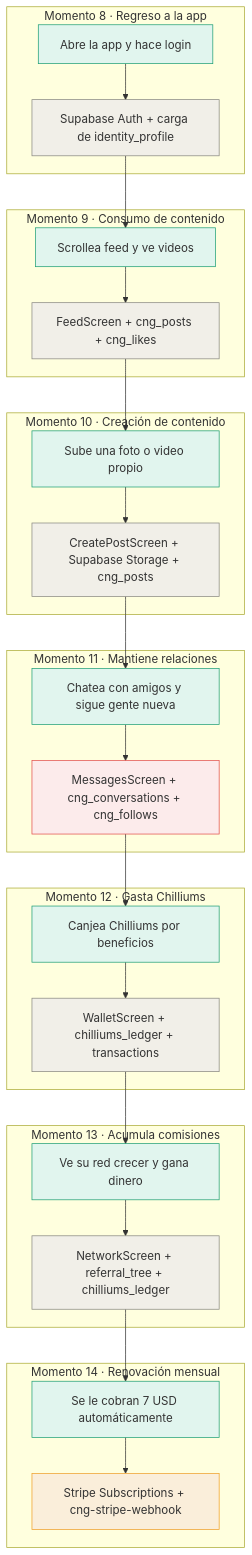
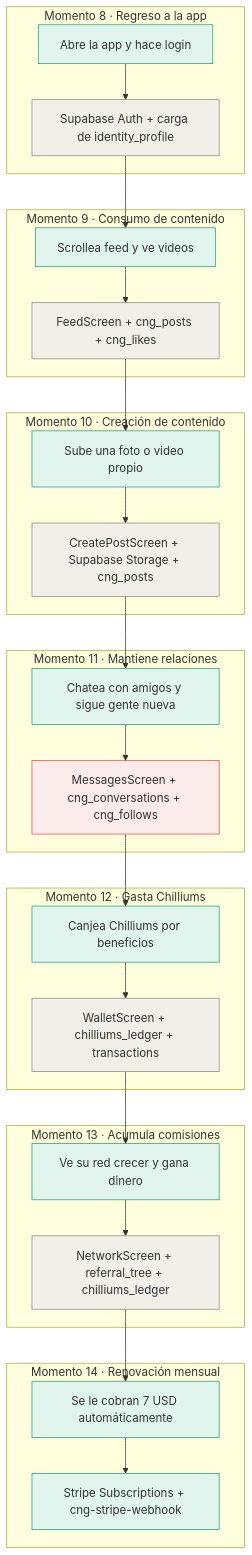
The second of 10 diagrams in CNG_PLUS_ARCHITECTURE.md (chillngointernational/chill-n-go-international), drawn with Mermaid before and after one commit. The commit also changed other lines of this file, not shown here.

Commit message:
docs: update architecture after flows A-D completion

````diff
--- a/CNG_PLUS_ARCHITECTURE.md
+++ b/CNG_PLUS_ARCHITECTURE.md
@@ -133,52 +135,52 @@
 ```mermaid
 flowchart TD
     subgraph M8["Momento 8 · Regreso a la app"]
         U8["Abre la app y hace login"]
         S8["Supabase Auth + carga de identity_profile"]
     end
     subgraph M9["Momento 9 · Consumo de contenido"]
         U9["Scrollea feed y ve videos"]
         S9["FeedScreen + cng_posts + cng_likes"]
     end
     subgraph M10["Momento 10 · Creación de contenido"]
         U10["Sube una foto o video propio"]
         S10["CreatePostScreen + Supabase Storage + cng_posts"]
     end
     subgraph M11["Momento 11 · Mantiene relaciones"]
         U11["Chatea con amigos y sigue gente nueva"]
         S11["MessagesScreen + cng_conversations + cng_follows"]
     end
     subgraph M12["Momento 12 · Gasta Chilliums"]
         U12["Canjea Chilliums por beneficios"]
         S12["WalletScreen + chilliums_ledger + transactions"]
     end
     subgraph M13["Momento 13 · Acumula comisiones"]
         U13["Ve su red crecer y gana dinero"]
         S13["NetworkScreen + referral_tree + chilliums_ledger"]
     end
     subgraph M14["Momento 14 · Renovación mensual"]
         U14["Se le cobran 7 USD automáticamente"]
         S14["Stripe Subscriptions + cng-stripe-webhook"]
     end
     U8 --> S8 --> U9
     U9 --> S9 --> U10
     U10 --> S10 --> U11
     U11 --> S11 --> U12
     U12 --> S12 --> U13
     U13 --> S13 --> U14
     U14 --> S14
     style U8 fill:#E1F5EE,stroke:#1D9E75
     style U9 fill:#E1F5EE,stroke:#1D9E75
     style U10 fill:#E1F5EE,stroke:#1D9E75
     style U11 fill:#E1F5EE,stroke:#1D9E75
     style U12 fill:#E1F5EE,stroke:#1D9E75
     style U13 fill:#E1F5EE,stroke:#1D9E75
     style U14 fill:#E1F5EE,stroke:#1D9E75
     style S8 fill:#F1EFE8,stroke:#888780
     style S9 fill:#F1EFE8,stroke:#888780
     style S10 fill:#F1EFE8,stroke:#888780
     style S11 fill:#FCEBEB,stroke:#E24B4A
     style S12 fill:#F1EFE8,stroke:#888780
     style S13 fill:#F1EFE8,stroke:#888780
-    style S14 fill:#FAEEDA,stroke:#EF9F27
+    style S14 fill:#E1F5EE,stroke:#1D9E75
 ```
````
